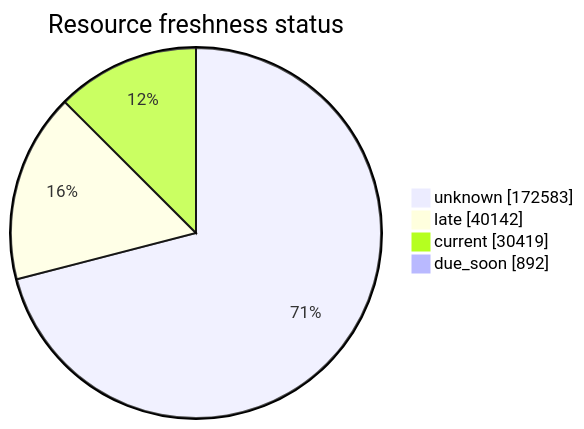
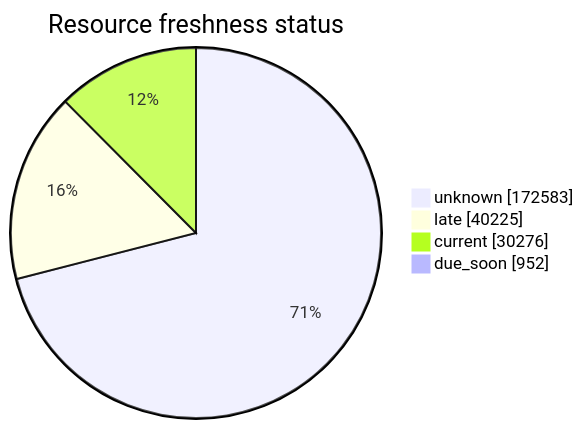
The third of 5 diagrams in FreshCheck/README.md (open-data/analytics-corporate-reporting), drawn with Mermaid before and after one commit. The commit also changed other lines of this file and 3 other files, not shown here.

````diff
--- a/FreshCheck/README.md
+++ b/FreshCheck/README.md
@@ -78,7 +78,7 @@
 ```mermaid
 pie showData title Resource freshness status
     "unknown": 172583
-    "late": 40142
-    "current": 30419
-    "due_soon": 892
+    "late": 40225
+    "current": 30276
+    "due_soon": 952
 ```
````
